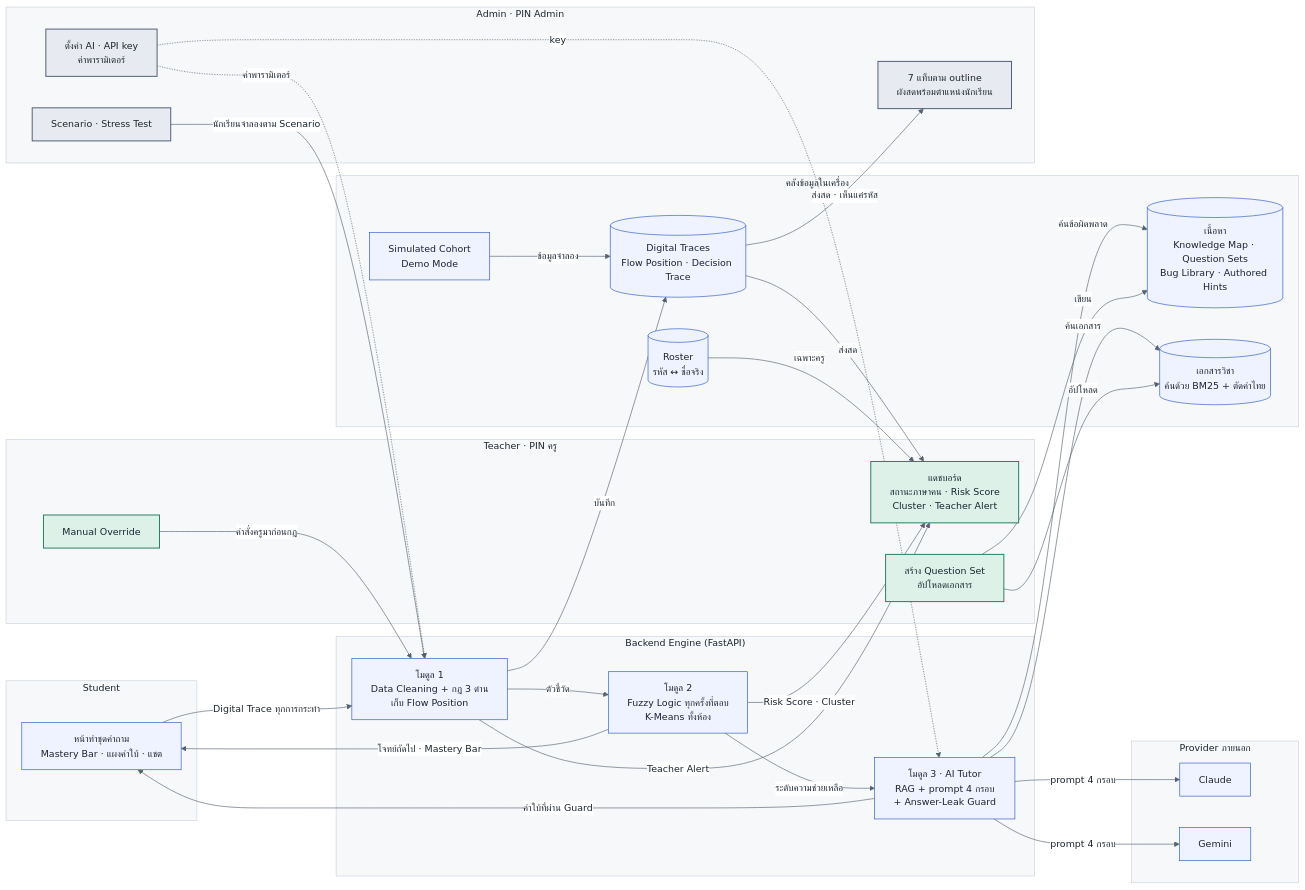
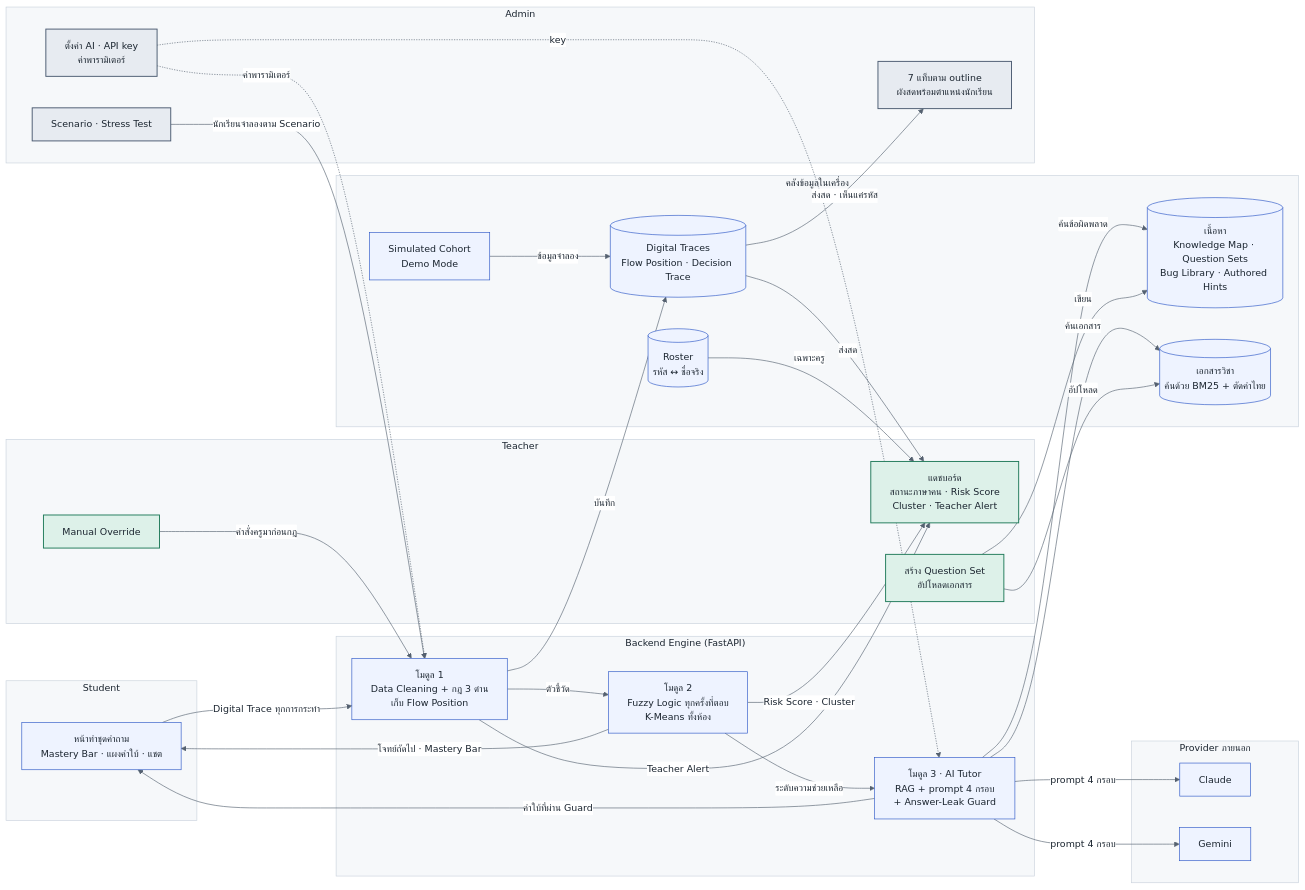
The first of 4 diagrams in docs/flow.md (phuwishpk/AITeaching), drawn with Mermaid before and after one commit. The commit also changed 13 other files, not shown here.

First line of the commit message:
Remove PIN from teacher and admin pages

````diff
--- a/docs/flow.md
+++ b/docs/flow.md
@@ -7,59 +7,59 @@
 ```mermaid
 %%{init: {"theme": "base", "themeVariables": {"primaryColor": "#EEF3FF", "primaryTextColor": "#1B2530", "primaryBorderColor": "#2A55C6", "lineColor": "#556170", "clusterBkg": "#F6F8FA", "clusterBorder": "#C9D2DC", "titleColor": "#1B2530", "edgeLabelBackground": "#FFFFFF", "fontSize": "15px"}}}%%
 flowchart LR
   subgraph STU["Student"]
     S1["หน้าทำชุดคำถาม<br/>Mastery Bar · แผงคำใบ้ · แชต"]
   end
   subgraph ENG["Backend Engine (FastAPI)"]
     M1["โมดูล 1<br/>Data Cleaning + กฎ 3 ด่าน<br/>เก็บ Flow Position"]
     M2["โมดูล 2<br/>Fuzzy Logic ทุกครั้งที่ตอบ<br/>K-Means ทั้งห้อง"]
     M3["โมดูล 3 · AI Tutor<br/>RAG + prompt 4 กรอบ<br/>+ Answer-Leak Guard"]
   end
   subgraph DATA["คลังข้อมูลในเครื่อง"]
     D1[("Digital Traces<br/>Flow Position · Decision Trace")]
     D2[("เนื้อหา<br/>Knowledge Map · Question Sets<br/>Bug Library · Authored Hints")]
     D3[("เอกสารวิชา<br/>ค้นด้วย BM25 + ตัดคำไทย")]
     D4[("Roster<br/>รหัส ↔ ชื่อจริง")]
     D0["Simulated Cohort<br/>Demo Mode"]
   end
   subgraph EXT["Provider ภายนอก"]
     P1["Claude"]
     P2["Gemini"]
   end
-  subgraph TCH["Teacher · PIN ครู"]
+  subgraph TCH["Teacher"]
     T1["แดชบอร์ด<br/>สถานะภาษาคน · Risk Score<br/>Cluster · Teacher Alert"]
     T2["Manual Override"]
     T3["สร้าง Question Set<br/>อัปโหลดเอกสาร"]
   end
-  subgraph ADM["Admin · PIN Admin"]
+  subgraph ADM["Admin"]
     A1["7 แท็บตาม outline<br/>ผังสดพร้อมตำแหน่งนักเรียน"]
     A2["ตั้งค่า AI · API key<br/>ค่าพารามิเตอร์"]
     A3["Scenario · Stress Test"]
   end
   S1 -->|"Digital Trace ทุกการกระทำ"| M1
   M1 -->|"บันทึก"| D1
   M1 -->|"ตัวชี้วัด"| M2
   M2 -->|"ระดับความช่วยเหลือ"| M3
   M2 -->|"โจทย์ถัดไป · Mastery Bar"| S1
   M3 -->|"ค้นข้อผิดพลาด"| D2
   M3 -->|"ค้นเอกสาร"| D3
   M3 -->|"prompt 4 กรอบ"| P1
   M3 -->|"prompt 4 กรอบ"| P2
   M3 -->|"คำใบ้ที่ผ่าน Guard"| S1
   D0 -->|"ข้อมูลจำลอง"| D1
   D1 -->|"ส่งสด"| T1
   D1 -->|"ส่งสด · เห็นแค่รหัส"| A1
   D4 -->|"เฉพาะครู"| T1
   M2 -->|"Risk Score · Cluster"| T1
   M1 -->|"Teacher Alert"| T1
   T2 -->|"คำสั่งครูมาก่อนกฎ"| M1
   T3 -->|"เขียน"| D2
   T3 -->|"อัปโหลด"| D3
   A2 -.->|"key"| M3
   A2 -.->|"ค่าพารามิเตอร์"| M1
   A3 -->|"นักเรียนจำลองตาม Scenario"| M1
   classDef human fill:#DDF1E9,stroke:#1F7A59,stroke-width:1.5px
   classDef admin fill:#E7EBF1,stroke:#4A5A70,stroke-width:1.5px
   class T1,T2,T3 human
   class A1,A2,A3 admin
 ```
````
